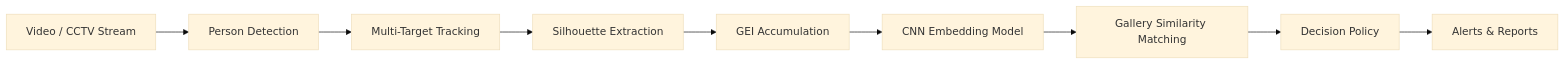
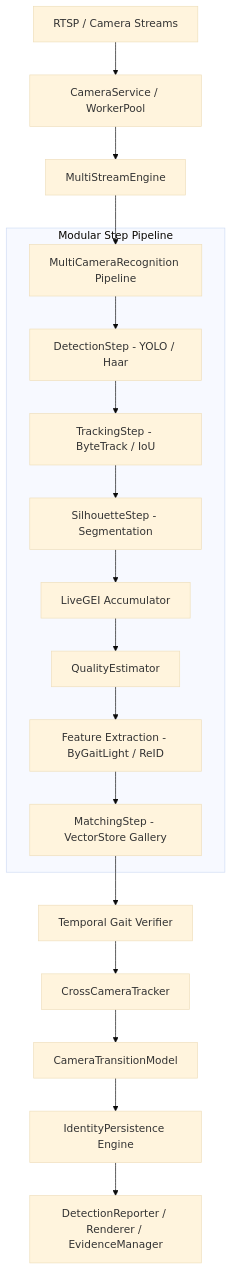
Before and after one commit to chanuka8/argus-gait-recognition: the diagram in README.md, drawn with Mermaid (base theme). The commit also changed other lines of this file and 21 other files, not shown here.

Commit message:
feat: add camera transition model and update documentation

````diff
--- a/README.md
+++ b/README.md
@@ -53,11 +49,22 @@
 ```mermaid
-graph LR
-    Video[Video / CCTV Stream] --> Detect[Person Detection]
-    Detect --> Track[Multi-Target Tracking]
-    Track --> Silh[Silhouette Extraction]
-    Silh --> GEI[GEI Accumulation]
-    GEI --> CNN[CNN Embedding Model]
-    CNN --> Match[Gallery Similarity Matching]
-    Match --> Policy[Decision Policy]
-    Policy --> Alerts[Alerts & Reports]
+graph TD
+    RTSP[RTSP / Camera Streams] --> CS[CameraService / WorkerPool]
+    CS --> MSE[MultiStreamEngine]
+    MSE --> MCR[MultiCameraRecognition Pipeline]
+    
+    subgraph Modular Step Pipeline
+        MCR --> DET[DetectionStep - YOLO / Haar]
+        DET --> TRK[TrackingStep - ByteTrack / IoU]
+        TRK --> SIL[SilhouetteStep - Segmentation]
+        SIL --> GEI[LiveGEI Accumulator]
+        GEI --> QUA[QualityEstimator]
+        QUA --> FEA[Feature Extraction - ByGaitLight / ReID]
+        FEA --> MAT[MatchingStep - VectorStore Gallery]
+    end
+
+    MAT --> TGV[Temporal Gait Verifier]
+    TGV --> CCT[CrossCameraTracker]
+    CCT --> CTM[CameraTransitionModel]
+    CTM --> IDP[IdentityPersistence Engine]
+    IDP --> REP[DetectionReporter / Renderer / EvidenceManager]
 ```
````
